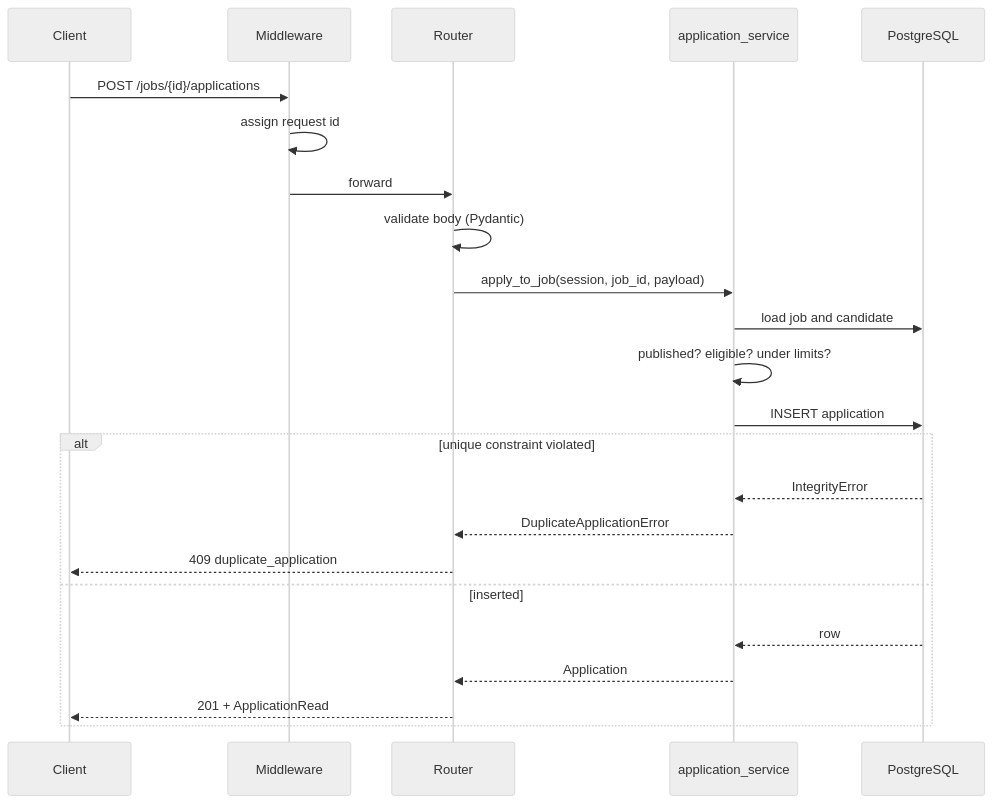
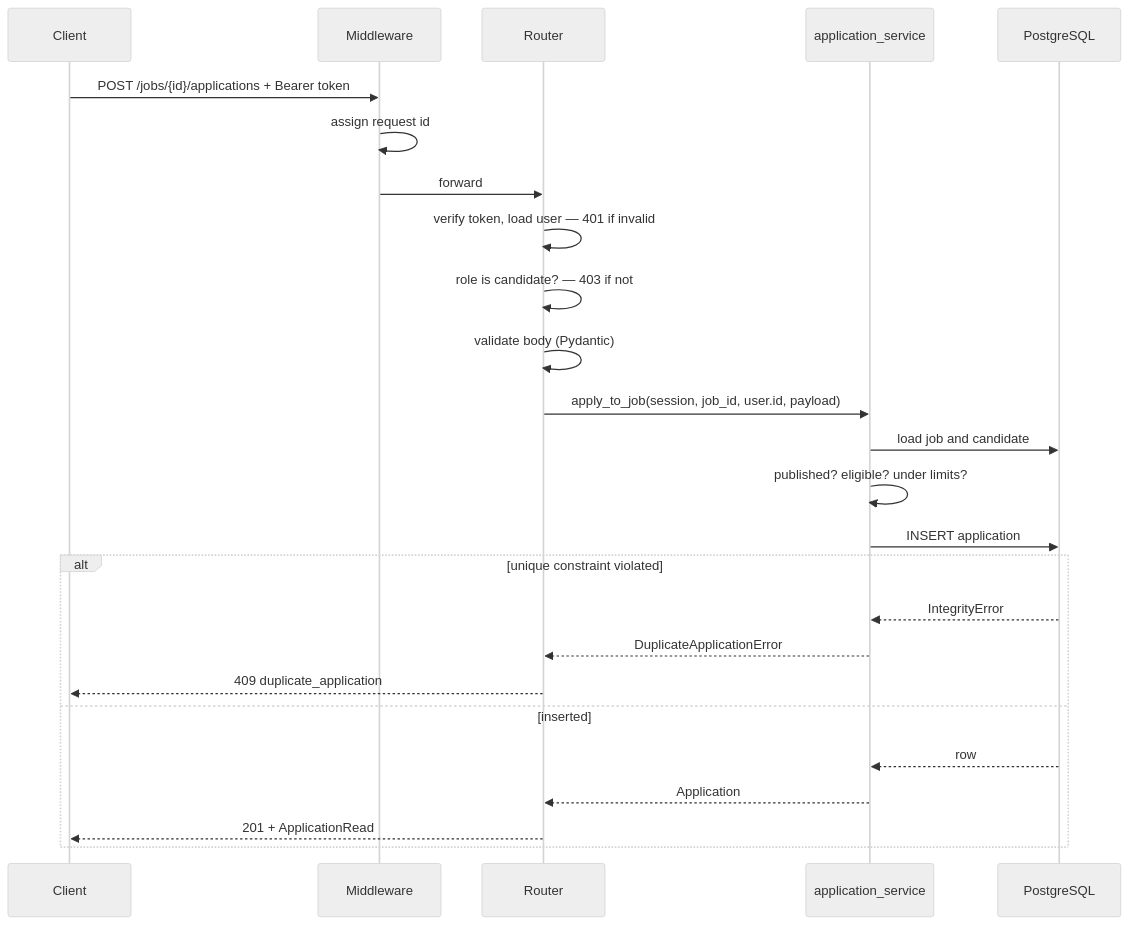
The second of 3 diagrams in docs/ARCHITECTURE.md (musman-se/smart-hire), drawn with Mermaid (neutral theme) before and after one commit. The commit also changed other lines of this file and 64 other files, not shown here.

````diff
--- a/docs/ARCHITECTURE.md
+++ b/docs/ARCHITECTURE.md
@@ -102,26 +106,28 @@
 ```mermaid
 sequenceDiagram
     participant C as Client
     participant MW as Middleware
     participant R as Router
     participant S as application_service
     participant DB as PostgreSQL
 
-    C->>MW: POST /jobs/{id}/applications
+    C->>MW: POST /jobs/{id}/applications + Bearer token
     MW->>MW: assign request id
     MW->>R: forward
+    R->>R: verify token, load user — 401 if invalid
+    R->>R: role is candidate? — 403 if not
     R->>R: validate body (Pydantic)
-    R->>S: apply_to_job(session, job_id, payload)
+    R->>S: apply_to_job(session, job_id, user.id, payload)
     S->>DB: load job and candidate
     S->>S: published? eligible? under limits?
     S->>DB: INSERT application
     alt unique constraint violated
         DB-->>S: IntegrityError
         S-->>R: DuplicateApplicationError
         R-->>C: 409 duplicate_application
     else inserted
         DB-->>S: row
         S-->>R: Application
         R-->>C: 201 + ApplicationRead
     end
 ```
````
